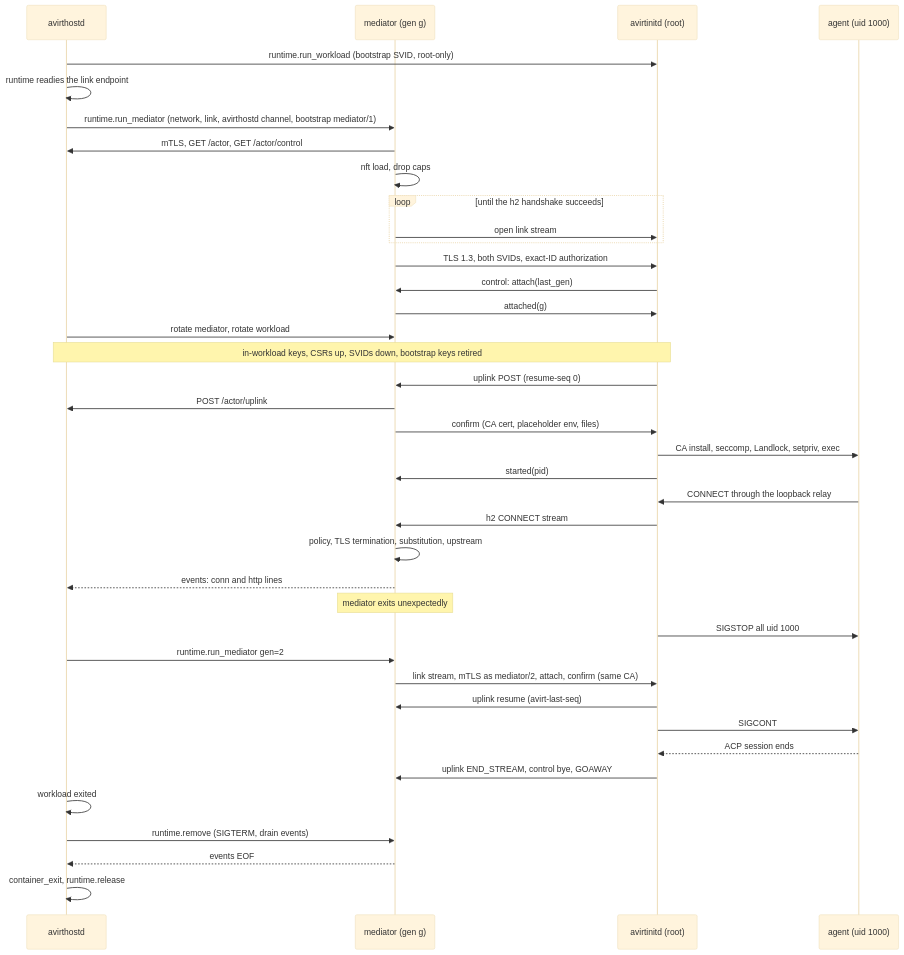
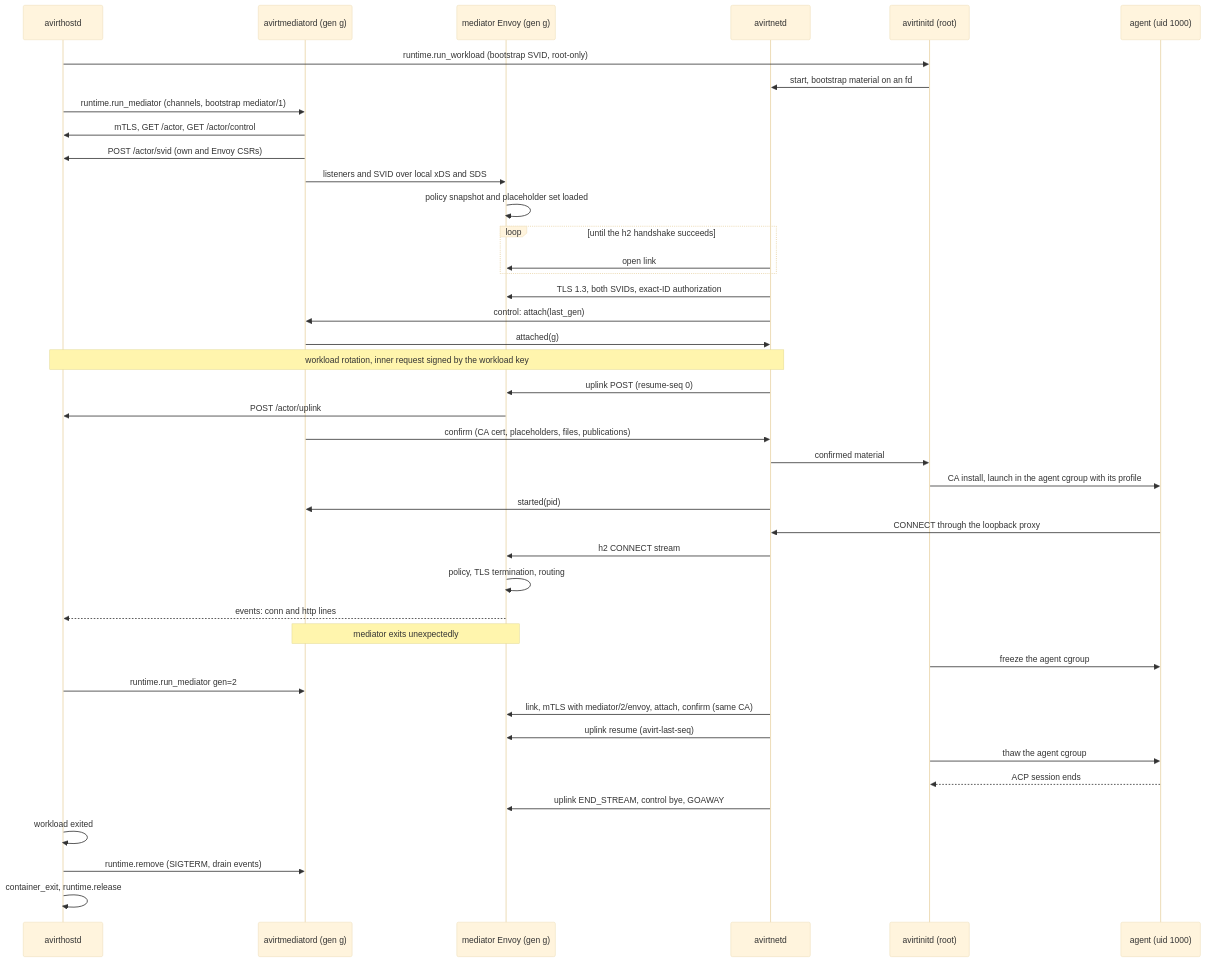
One commit to tbhb-dev/avirt changed the diagram in docs/actor-topology.md. Above: the diagram before and after it, drawn with Mermaid (base theme). The commit also changed other lines of this file and 32 other files, not shown here.

First line of the commit message:
docs: plan the avirt component architecture and workspaces

````diff
--- a/docs/actor-topology.md
+++ b/docs/actor-topology.md
@@ -86,41 +155,44 @@
 ```mermaid
 sequenceDiagram
     participant C as avirthostd
-    participant S as mediator (gen g)
-    participant R as avirtinitd (root)
+    participant M as avirtmediatord (gen g)
+    participant E as mediator Envoy (gen g)
+    participant N as avirtnetd
+    participant I as avirtinitd (root)
     participant A as agent (uid 1000)
-    C->>R: runtime.run_workload (bootstrap SVID, root-only)
-    C->>C: runtime readies the link endpoint
-    C->>S: runtime.run_mediator (network, link, avirthostd channel, bootstrap mediator/1)
-    S->>C: mTLS, GET /actor, GET /actor/control
-    S->>S: nft load, drop caps
+    C->>I: runtime.run_workload (bootstrap SVID, root-only)
+    I->>N: start, bootstrap material on an fd
+    C->>M: runtime.run_mediator (channels, bootstrap mediator/1)
+    M->>C: mTLS, GET /actor, GET /actor/control
+    M->>C: POST /actor/svid (own and Envoy CSRs)
+    M->>E: listeners and SVID over local xDS and SDS
+    E->>E: policy snapshot and placeholder set loaded
     loop until the h2 handshake succeeds
-        S->>R: open link stream
+        N->>E: open link
     end
-    S->>R: TLS 1.3, both SVIDs, exact-ID authorization
-    R->>S: control: attach(last_gen)
-    S->>R: attached(g)
-    C->>S: rotate mediator, rotate workload
-    Note over C,R: in-workload keys, CSRs up, SVIDs down, bootstrap keys retired
-    R->>S: uplink POST (resume-seq 0)
-    S->>C: POST /actor/uplink
-    S->>R: confirm (CA cert, placeholder env, files)
-    R->>A: CA install, seccomp, Landlock, setpriv, exec
-    R->>S: started(pid)
-    A->>R: CONNECT through the loopback relay
-    R->>S: h2 CONNECT stream
-    S->>S: policy, TLS termination, substitution, upstream
-    S-->>C: events: conn and http lines
-    Note over S: mediator exits unexpectedly
-    R->>A: SIGSTOP all uid 1000
-    C->>S: runtime.run_mediator gen=2
-    S->>R: link stream, mTLS as mediator/2, attach, confirm (same CA)
-    R->>S: uplink resume (avirt-last-seq)
-    R->>A: SIGCONT
-    A-->>R: ACP session ends
-    R->>S: uplink END_STREAM, control bye, GOAWAY
+    N->>E: TLS 1.3, both SVIDs, exact-ID authorization
+    N->>M: control: attach(last_gen)
+    M->>N: attached(g)
+    Note over C,N: workload rotation, inner request signed by the workload key
+    N->>E: uplink POST (resume-seq 0)
+    E->>C: POST /actor/uplink
+    M->>N: confirm (CA cert, placeholders, files, publications)
+    N->>I: confirmed material
+    I->>A: CA install, launch in the agent cgroup with its profile
+    N->>M: started(pid)
+    A->>N: CONNECT through the loopback proxy
+    N->>E: h2 CONNECT stream
+    E->>E: policy, TLS termination, routing
+    E-->>C: events: conn and http lines
+    Note over M,E: mediator exits unexpectedly
+    I->>A: freeze the agent cgroup
+    C->>M: runtime.run_mediator gen=2
+    N->>E: link, mTLS with mediator/2/envoy, attach, confirm (same CA)
+    N->>E: uplink resume (avirt-last-seq)
+    I->>A: thaw the agent cgroup
+    A-->>I: ACP session ends
+    N->>E: uplink END_STREAM, control bye, GOAWAY
     C->>C: workload exited
-    C->>S: runtime.remove (SIGTERM, drain events)
-    S-->>C: events EOF
+    C->>M: runtime.remove (SIGTERM, drain events)
     C->>C: container_exit, runtime.release
 ```
````
